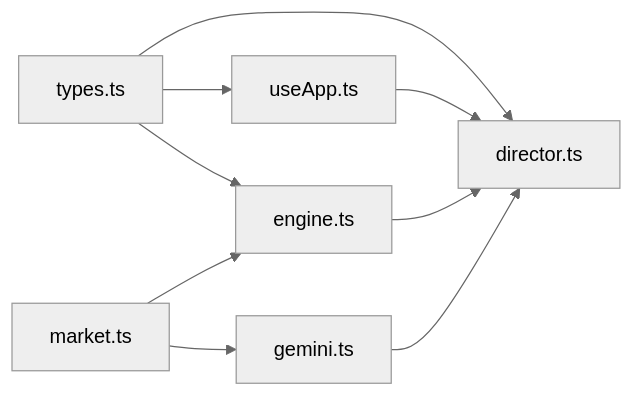
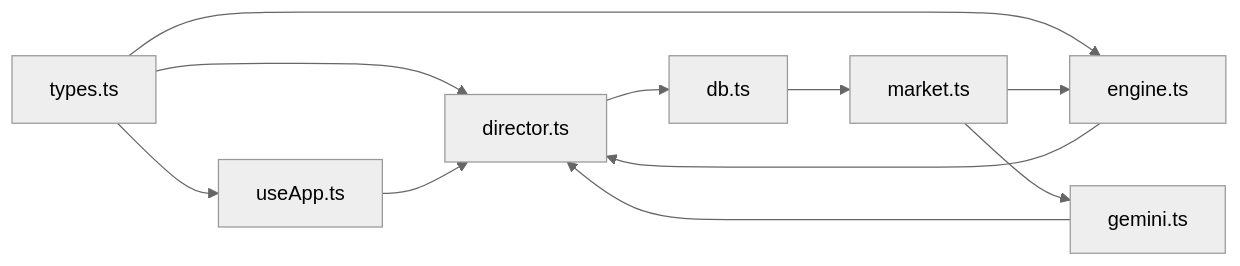
Before and after one commit to MudassarAbrar/FreshRoute-Ai: the seventh of 7 diagrams in .qoder/repowiki/en/content/State Management.md, drawn with Mermaid (neutral theme). The commit also changed other lines of this file and 179 other files, not shown here.

````diff
--- a/.qoder/repowiki/en/content/State Management.md
+++ b/.qoder/repowiki/en/content/State Management.md
@@ -263,11 +325,13 @@
 ```mermaid
 graph LR
 Types["types.ts"] --> Store["useApp.ts"]
 Types --> Director["director.ts"]
 Types --> Engine["engine.ts"]
 Market["market.ts"] --> Engine
 Market --> Gemini["gemini.ts"]
 Store --> Director
 Engine --> Director
 Gemini --> Director
+Director --> DB["db.ts"]
+DB --> Market
 ```
````
